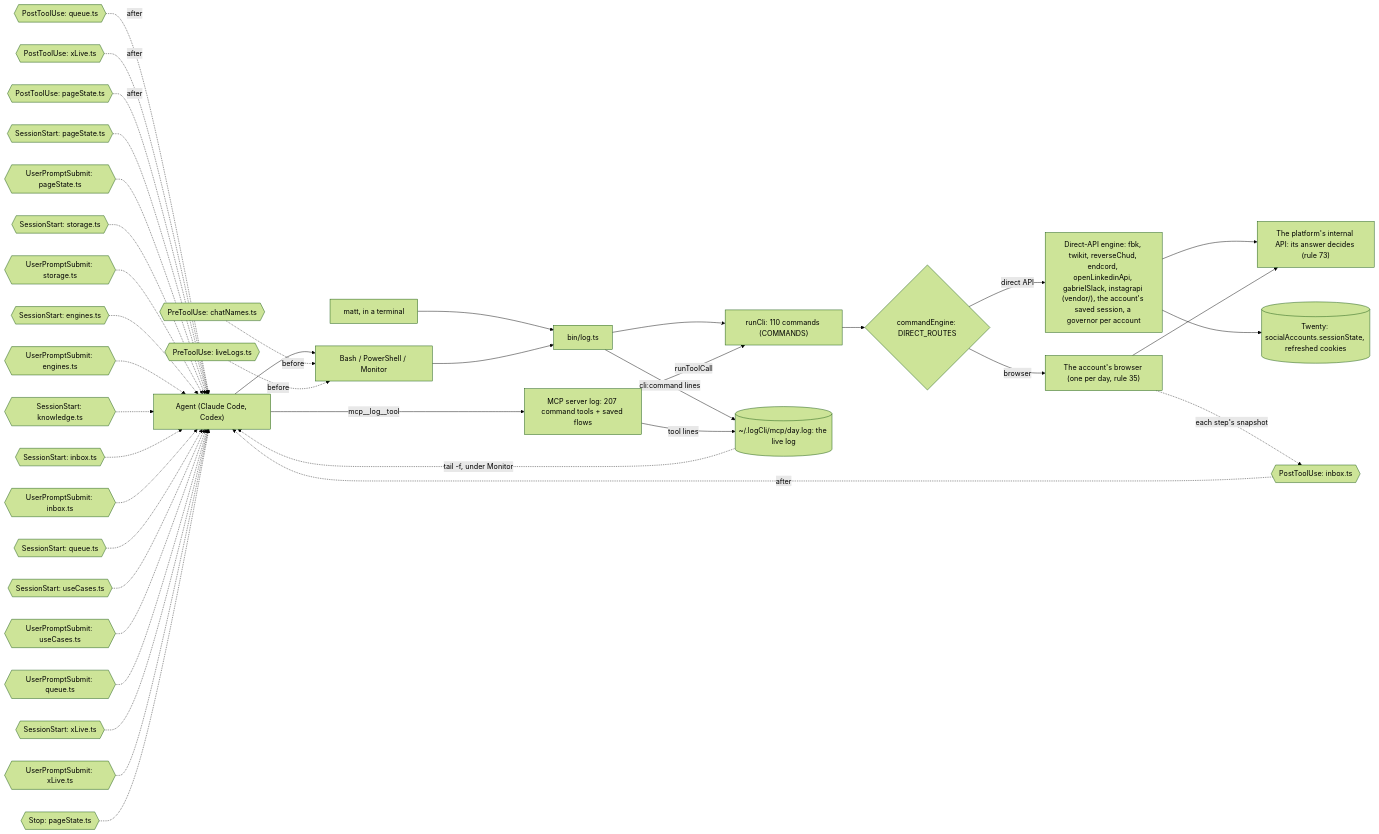
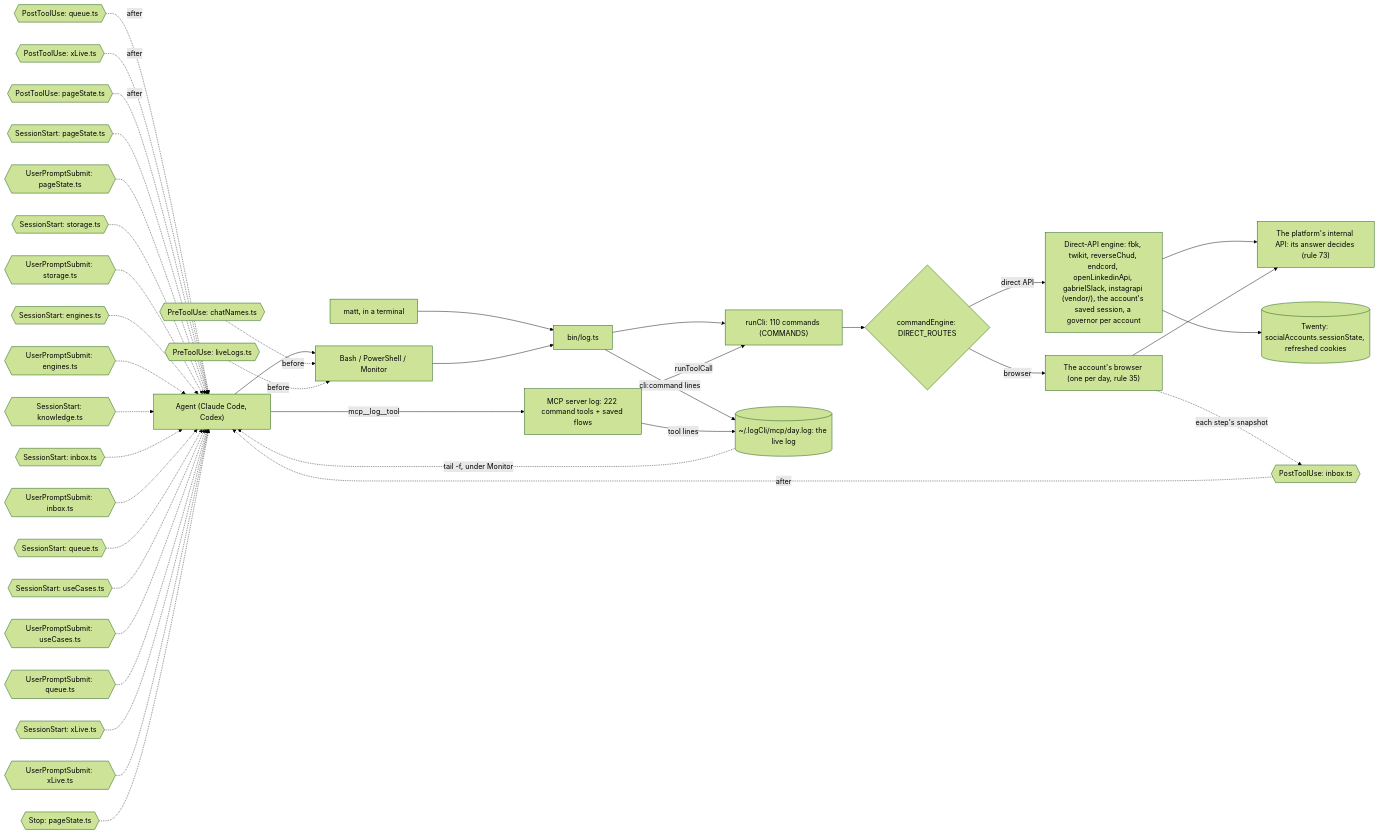
Before and after one commit to matthewdonsemail-lab/log: the diagram in docs/diagrams/surface.mmd, drawn with Mermaid (forest theme). The commit also changed 121 other files, not shown here.

```diff
--- a/docs/diagrams/surface.mmd
+++ b/docs/diagrams/surface.mmd
@@ -1,53 +1,53 @@
 %% How a call reaches log-cli. From a shell or over MCP, both run the same commands through `runCli`, write the same live log, and pass through the same hooks. `commandEngine` sends each command to the platform's direct API or to the account's browser.
 %% Written by `bun run docs:build` from the code (rule 56). Not edited by hand.
 flowchart LR
   agent["Agent (Claude Code, Codex)"]
   matt["matt, in a terminal"]
   shell["Bash / PowerShell / Monitor"]
-  mcp["MCP server log: 207 command tools + saved flows"]
+  mcp["MCP server log: 222 command tools + saved flows"]
   bin["bin/log.ts"]
   runCli["runCli: 110 commands (COMMANDS)"]
   live[("~/.logCli/mcp/day.log: the live log")]
   engine{"commandEngine: DIRECT_ROUTES"}
   direct["Direct-API engine: fbk, twikit, reverseChud, endcord, openLinkedinApi, gabrielSlack, instagrapi (vendor/), the account's saved session, a governor per account"]
   browser["The account's browser (one per day, rule 35)"]
   api["The platform's internal API: its answer decides (rule 73)"]
   twenty[("Twenty: socialAccounts.sessionState, refreshed cookies")]
   agent --> shell
   matt --> bin
   shell --> bin
   agent -->|mcp__log__tool| mcp
   bin --> runCli
   mcp -->|runToolCall| runCli
   runCli --> engine
   engine -->|direct API| direct
   engine -->|browser| browser
   direct --> api
   browser --> api
   direct --> twenty
   bin -->|cli:command lines| live
   mcp -->|tool lines| live
   live -.->|tail -f, under Monitor| agent
   pre0{{"PreToolUse: chatNames.ts"}} -.->|before| shell
   pre1{{"PreToolUse: liveLogs.ts"}} -.->|before| shell
   post0{{"PostToolUse: inbox.ts"}} -.->|after| agent
   post1{{"PostToolUse: queue.ts"}} -.->|after| agent
   post2{{"PostToolUse: xLive.ts"}} -.->|after| agent
   post3{{"PostToolUse: pageState.ts"}} -.->|after| agent
   turn0{{"SessionStart: pageState.ts"}} -.-> agent
   turn1{{"UserPromptSubmit: pageState.ts"}} -.-> agent
   turn2{{"SessionStart: storage.ts"}} -.-> agent
   turn3{{"UserPromptSubmit: storage.ts"}} -.-> agent
   turn4{{"SessionStart: engines.ts"}} -.-> agent
   turn5{{"UserPromptSubmit: engines.ts"}} -.-> agent
   turn6{{"SessionStart: knowledge.ts"}} -.-> agent
   turn7{{"SessionStart: inbox.ts"}} -.-> agent
   turn8{{"UserPromptSubmit: inbox.ts"}} -.-> agent
   turn9{{"SessionStart: queue.ts"}} -.-> agent
   turn10{{"SessionStart: useCases.ts"}} -.-> agent
   turn11{{"UserPromptSubmit: useCases.ts"}} -.-> agent
   turn12{{"UserPromptSubmit: queue.ts"}} -.-> agent
   turn13{{"SessionStart: xLive.ts"}} -.-> agent
   turn14{{"UserPromptSubmit: xLive.ts"}} -.-> agent
   turn15{{"Stop: pageState.ts"}} -.-> agent
   browser -.->|each step's snapshot| post0
```
